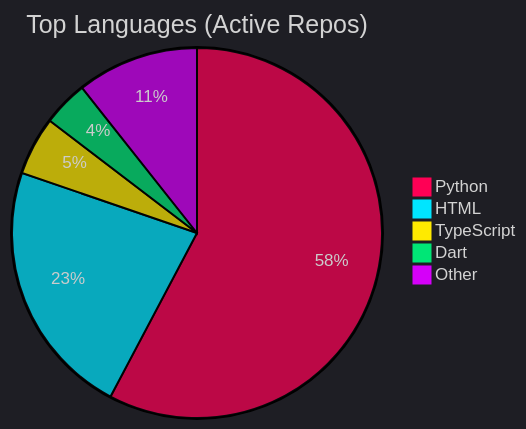
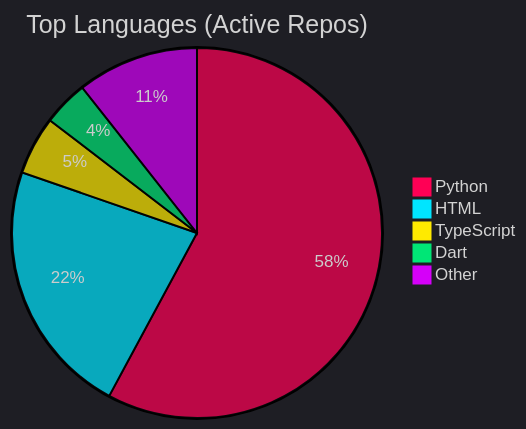
The diagram in README.md (Nzettodess/Nzettodess), drawn with Mermaid before and after one commit. The commit also changed other lines of this file, not shown here.

Commit message:
Update recent activity [skip ci]

````diff
--- a/README.md
+++ b/README.md
@@ -35,9 +35,9 @@
 ```mermaid
 %%{init: {'theme': 'dark', 'themeVariables': { 'pie1': '#FF0055', 'pie2': '#00E5FF', 'pie3': '#FFEA00', 'pie4': '#00E676', 'pie5': '#D500F9' }}}%%
 pie title Top Languages (Active Repos)
-    "Python" : 57.74
-    "HTML" : 22.52
-    "TypeScript" : 5.11
-    "Dart" : 3.97
-    "Other" : 10.66
+    "Python" : 57.86
+    "HTML" : 22.44
+    "TypeScript" : 5.10
+    "Dart" : 3.96
+    "Other" : 10.63
 ```
````
